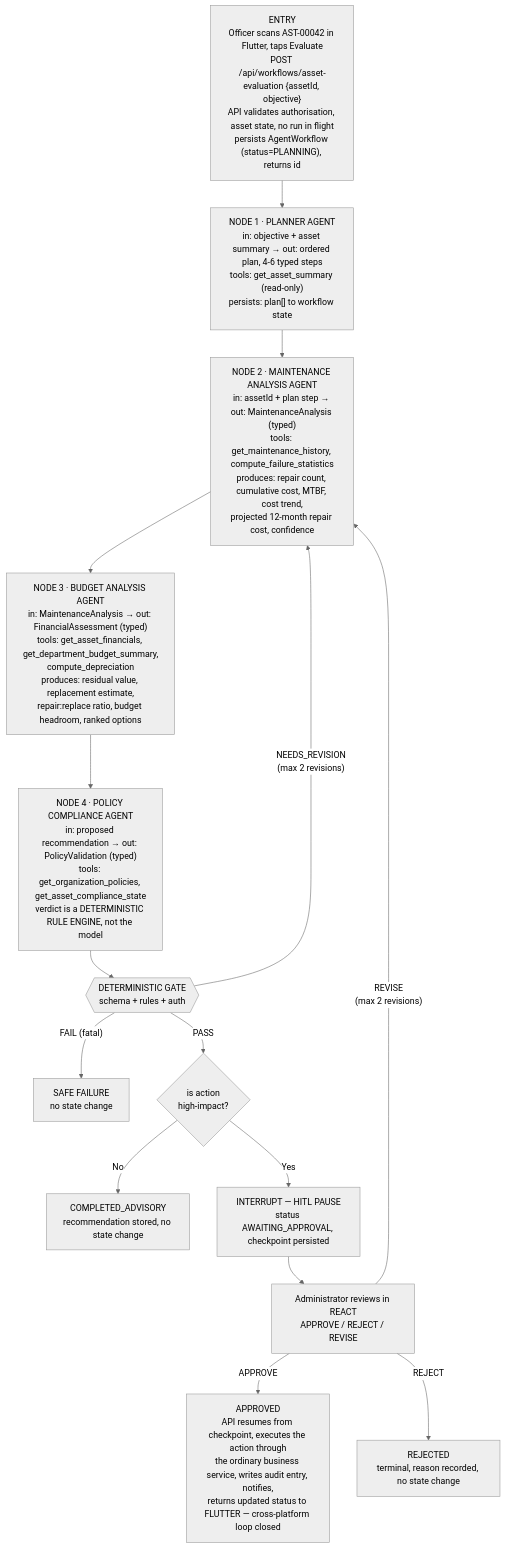
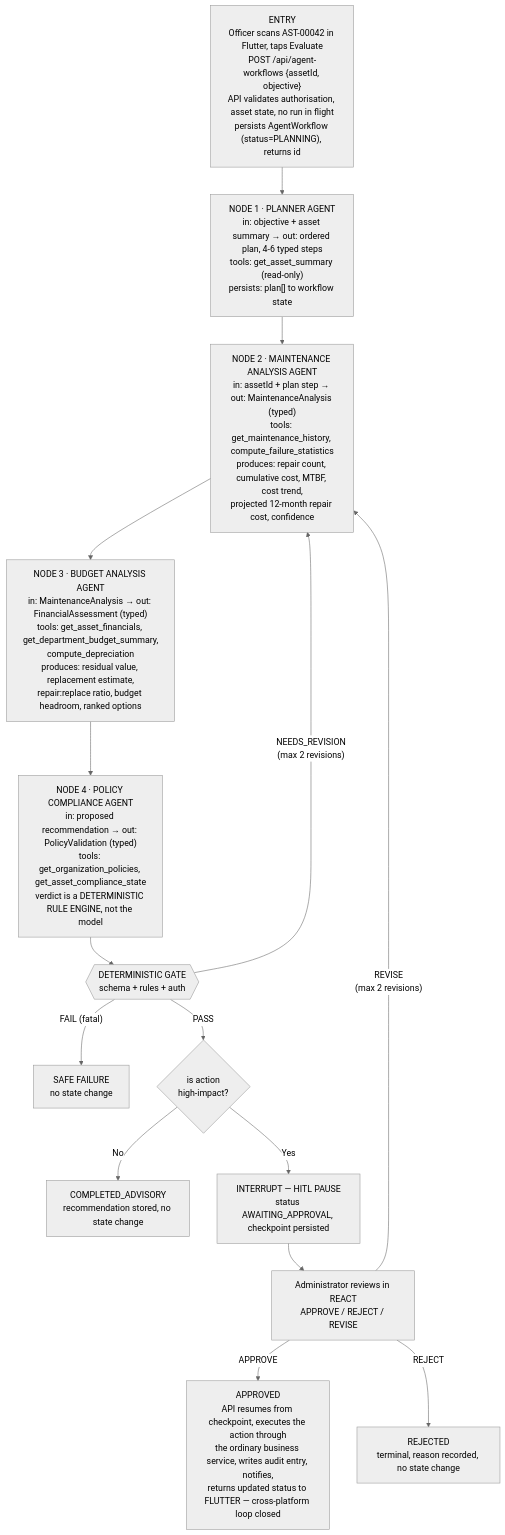
Before and after one commit to CoreGrid-org/CoreGrid: the first of 2 diagrams in docs/srs/07-agentic-ai-subsystem-requirements.md, drawn with Mermaid (neutral theme). The commit also changed other lines of this file and 55 other files, not shown here.

````diff
--- a/docs/srs/07-agentic-ai-subsystem-requirements.md
+++ b/docs/srs/07-agentic-ai-subsystem-requirements.md
@@ -22,31 +22,31 @@
 ```mermaid
 flowchart TD
-    ENTRY["ENTRY\nOfficer scans AST-00042 in Flutter, taps Evaluate\nPOST /api/workflows/asset-evaluation {assetId, objective}\nAPI validates authorisation, asset state, no run in flight\npersists AgentWorkflow (status=PLANNING), returns id"]
+    ENTRY["ENTRY\nOfficer scans AST-00042 in Flutter, taps Evaluate\nPOST /api/agent-workflows {assetId, objective}\nAPI validates authorisation, asset state, no run in flight\npersists AgentWorkflow (status=PLANNING), returns id"]
 
     N1["NODE 1 · PLANNER AGENT\nin: objective + asset summary → out: ordered plan, 4-6 typed steps\ntools: get_asset_summary (read-only)\npersists: plan[] to workflow state"]
 
     N2["NODE 2 · MAINTENANCE ANALYSIS AGENT\nin: assetId + plan step → out: MaintenanceAnalysis (typed)\ntools: get_maintenance_history, compute_failure_statistics\nproduces: repair count, cumulative cost, MTBF, cost trend,\nprojected 12-month repair cost, confidence"]
 
     N3["NODE 3 · BUDGET ANALYSIS AGENT\nin: MaintenanceAnalysis → out: FinancialAssessment (typed)\ntools: get_asset_financials, get_department_budget_summary,\ncompute_depreciation\nproduces: residual value, replacement estimate,\nrepair:replace ratio, budget headroom, ranked options"]
 
     N4["NODE 4 · POLICY COMPLIANCE AGENT\nin: proposed recommendation → out: PolicyValidation (typed)\ntools: get_organization_policies, get_asset_compliance_state\nverdict is a DETERMINISTIC RULE ENGINE, not the model"]
 
     GATE{{"DETERMINISTIC GATE\nschema + rules + auth"}}
     SAFE["SAFE FAILURE\nno state change"]
     IMPACT{"is action\nhigh-impact?"}
     ADVISORY["COMPLETED_ADVISORY\nrecommendation stored, no state change"]
     INTERRUPT["INTERRUPT — HITL PAUSE\nstatus AWAITING_APPROVAL, checkpoint persisted"]
     REACT["Administrator reviews in REACT\nAPPROVE / REJECT / REVISE"]
     APPROVED["APPROVED\nAPI resumes from checkpoint, executes the action through\nthe ordinary business service, writes audit entry, notifies,\nreturns updated status to FLUTTER — cross-platform loop closed"]
     REJECTED["REJECTED\nterminal, reason recorded, no state change"]
 
     ENTRY --> N1 --> N2 --> N3 --> N4 --> GATE
     GATE -->|"FAIL (fatal)"| SAFE
     GATE -->|"NEEDS_REVISION\n(max 2 revisions)"| N2
     GATE -->|PASS| IMPACT
     IMPACT -->|No| ADVISORY
     IMPACT -->|Yes| INTERRUPT --> REACT
     REACT -->|APPROVE| APPROVED
     REACT -->|REJECT| REJECTED
     REACT -->|"REVISE\n(max 2 revisions)"| N2
 ```
````
